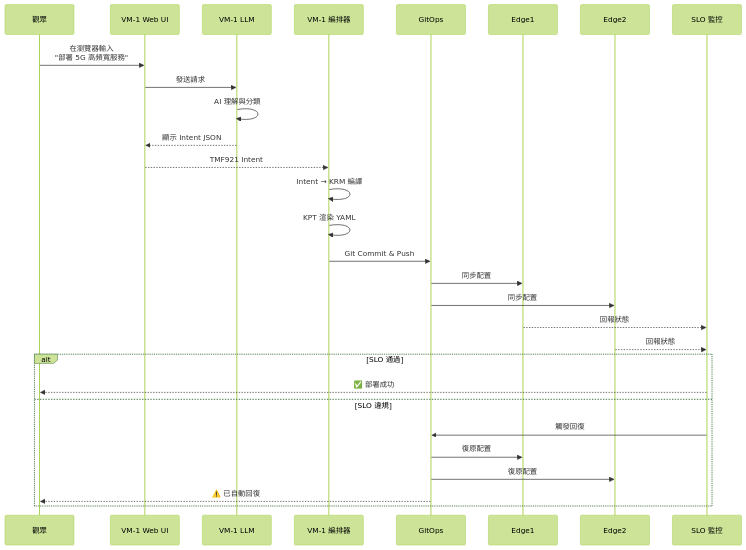
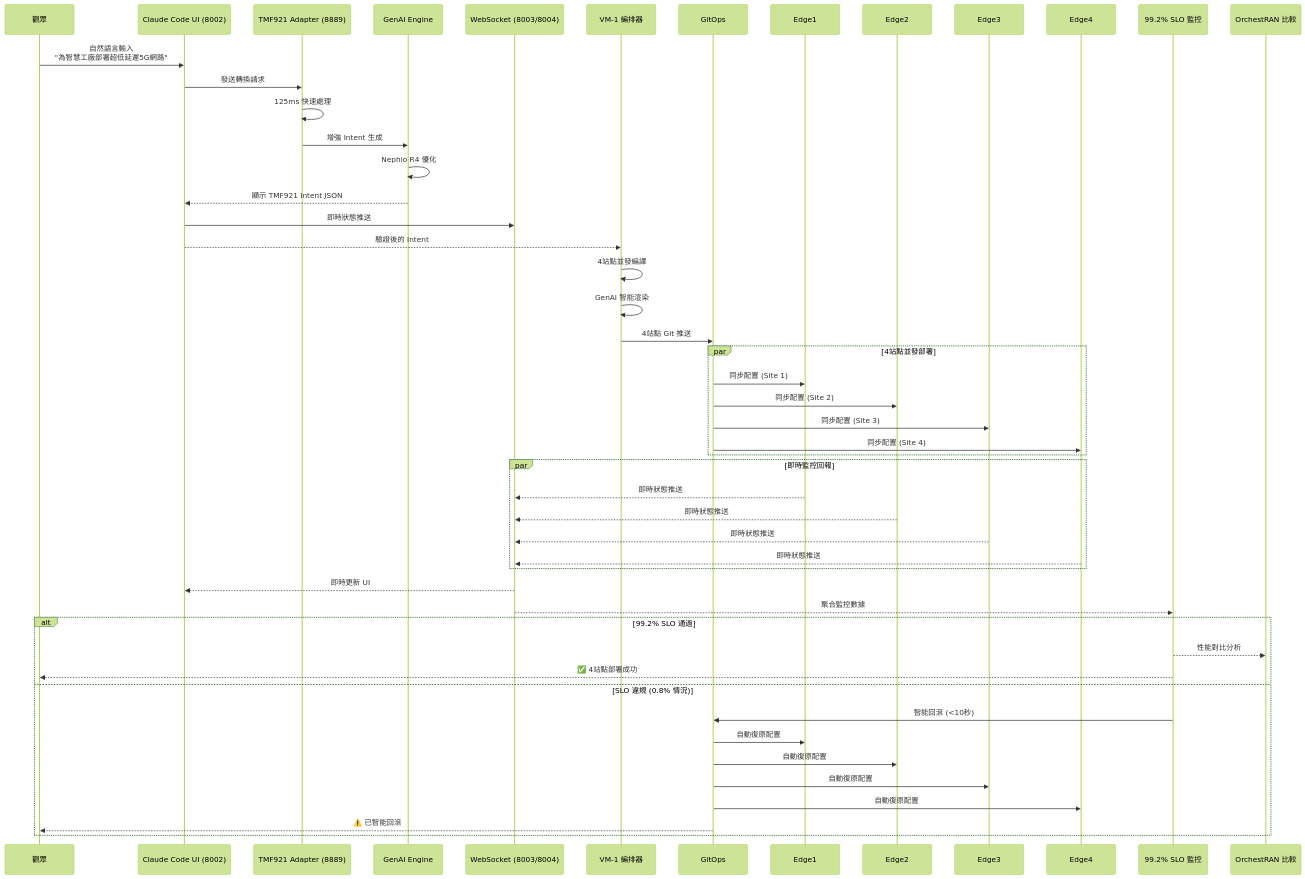
The second of 5 diagrams in docs/summit-demo/SUMMIT_DEMO_FLOW.md (thc1006/nephio-intent-to-o2-demo), drawn with Mermaid (forest theme) before and after one commit. The commit also changed other lines of this file and 62 other files, not shown here.

````diff
--- a/docs/summit-demo/SUMMIT_DEMO_FLOW.md
+++ b/docs/summit-demo/SUMMIT_DEMO_FLOW.md
@@ -63,36 +77,58 @@
 ```mermaid
 sequenceDiagram
     participant 觀眾
-    participant WebUI as VM-1 Web UI
-    participant VM1_LLM as VM-1 LLM
-    participant VM1_Orchestrator as VM-1 編排器
+    participant ClaudeUI as Claude Code UI (8002)
+    participant TMF921 as TMF921 Adapter (8889)
+    participant GenAI as GenAI Engine
+    participant WebSocket as WebSocket (8003/8004)
+    participant Orchestrator as VM-1 編排器
     participant GitOps
     participant Edge1
     participant Edge2
-    participant SLO_Monitor as SLO 監控
+    participant Edge3
+    participant Edge4
+    participant SLO_Monitor as 99.2% SLO 監控
+    participant OrchestRAN as OrchestRAN 比較
 
-    觀眾->>WebUI: 在瀏覽器輸入<br/>"部署 5G 高頻寬服務"
-    WebUI->>VM1_LLM: 發送請求
-    VM1_LLM->>VM1_LLM: AI 理解與分類
-    VM1_LLM-->>WebUI: 顯示 Intent JSON
-    WebUI-->>VM1_Orchestrator: TMF921 Intent
+    觀眾->>ClaudeUI: 自然語言輸入<br/>"為智慧工廠部署超低延遲5G網路"
+    ClaudeUI->>TMF921: 發送轉換請求
+    TMF921->>TMF921: 125ms 快速處理
+    TMF921->>GenAI: 增強 Intent 生成
+    GenAI->>GenAI: Nephio R4 優化
+    GenAI-->>ClaudeUI: 顯示 TMF921 Intent JSON
+    ClaudeUI->>WebSocket: 即時狀態推送
+    ClaudeUI-->>Orchestrator: 驗證後的 Intent
 
-    VM1_Orchestrator->>VM1_Orchestrator: Intent → KRM 編譯
-    VM1_Orchestrator->>VM1_Orchestrator: KPT 渲染 YAML
-    VM1_Orchestrator->>GitOps: Git Commit & Push
+    Orchestrator->>Orchestrator: 4站點並發編譯
+    Orchestrator->>Orchestrator: GenAI 智能渲染
+    Orchestrator->>GitOps: 4站點 Git 推送
 
-    GitOps->>Edge1: 同步配置
-    GitOps->>Edge2: 同步配置
+    par 4站點並發部署
+        GitOps->>Edge1: 同步配置 (Site 1)
+        GitOps->>Edge2: 同步配置 (Site 2)
+        GitOps->>Edge3: 同步配置 (Site 3)
+        GitOps->>Edge4: 同步配置 (Site 4)
+    end
 
-    Edge1-->>SLO_Monitor: 回報狀態
-    Edge2-->>SLO_Monitor: 回報狀態
+    par 即時監控回報
+        Edge1-->>WebSocket: 即時狀態推送
+        Edge2-->>WebSocket: 即時狀態推送
+        Edge3-->>WebSocket: 即時狀態推送
+        Edge4-->>WebSocket: 即時狀態推送
+    end
 
-    alt SLO 通過
-        SLO_Monitor-->>觀眾: ✅ 部署成功
-    else SLO 違規
-        SLO_Monitor->>GitOps: 觸發回復
-        GitOps->>Edge1: 復原配置
-        GitOps->>Edge2: 復原配置
-        GitOps-->>觀眾: ⚠️ 已自動回復
+    WebSocket-->>ClaudeUI: 即時更新 UI
+    WebSocket-->>SLO_Monitor: 聚合監控數據
+
+    alt 99.2% SLO 通過
+        SLO_Monitor-->>OrchestRAN: 性能對比分析
+        SLO_Monitor-->>觀眾: ✅ 4站點部署成功
+    else SLO 違規 (0.8% 情況)
+        SLO_Monitor->>GitOps: 智能回滾 (<10秒)
+        GitOps->>Edge1: 自動復原配置
+        GitOps->>Edge2: 自動復原配置
+        GitOps->>Edge3: 自動復原配置
+        GitOps->>Edge4: 自動復原配置
+        GitOps-->>觀眾: ⚠️ 已智能回滾
     end
 ```
````
